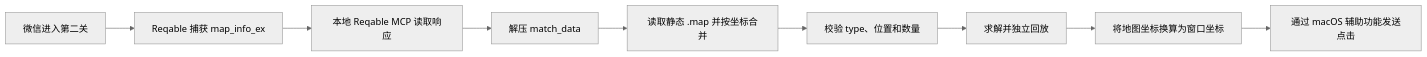
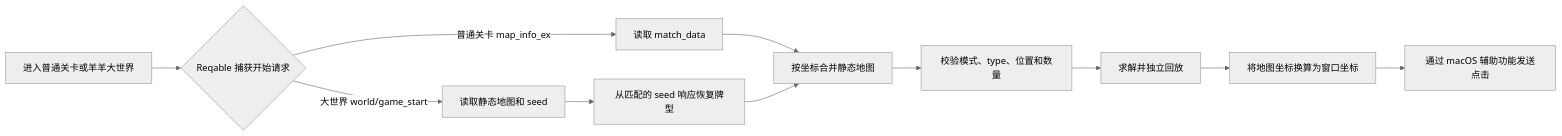
Before and after one commit to MYX0915/wx_xcx_ylgy: the diagram in README.md, drawn with Mermaid (neutral theme). The commit also changed other lines of this file and 7 other files, not shown here.

Commit message:
feat: support world map capture and seed decoding

````diff
--- a/README.md
+++ b/README.md
@@ -19,11 +19,13 @@
 ```mermaid
 flowchart LR
-    A[微信进入第二关] --> B[Reqable 捕获 map_info_ex]
-    B --> C[本地 Reqable MCP 读取响应]
-    C --> D[解压 match_data]
-    D --> E[读取静态 .map 并按坐标合并]
-    E --> F[校验 type、位置和数量]
-    F --> G[求解并独立回放]
-    G --> H[将地图坐标换算为窗口坐标]
-    H --> I[通过 macOS 辅助功能发送点击]
+    A[进入普通关卡或羊羊大世界] --> B{Reqable 捕获开始请求}
+    B -->|普通关卡 map_info_ex| C[读取 match_data]
+    B -->|大世界 world/game_start| D[读取静态地图和 seed]
+    D --> E[从匹配的 seed 响应恢复牌型]
+    C --> F[按坐标合并静态地图]
+    E --> F
+    F --> G[校验模式、type、位置和数量]
+    G --> H[求解并独立回放]
+    H --> I[将地图坐标换算为窗口坐标]
+    I --> J[通过 macOS 辅助功能发送点击]
 ```
````
